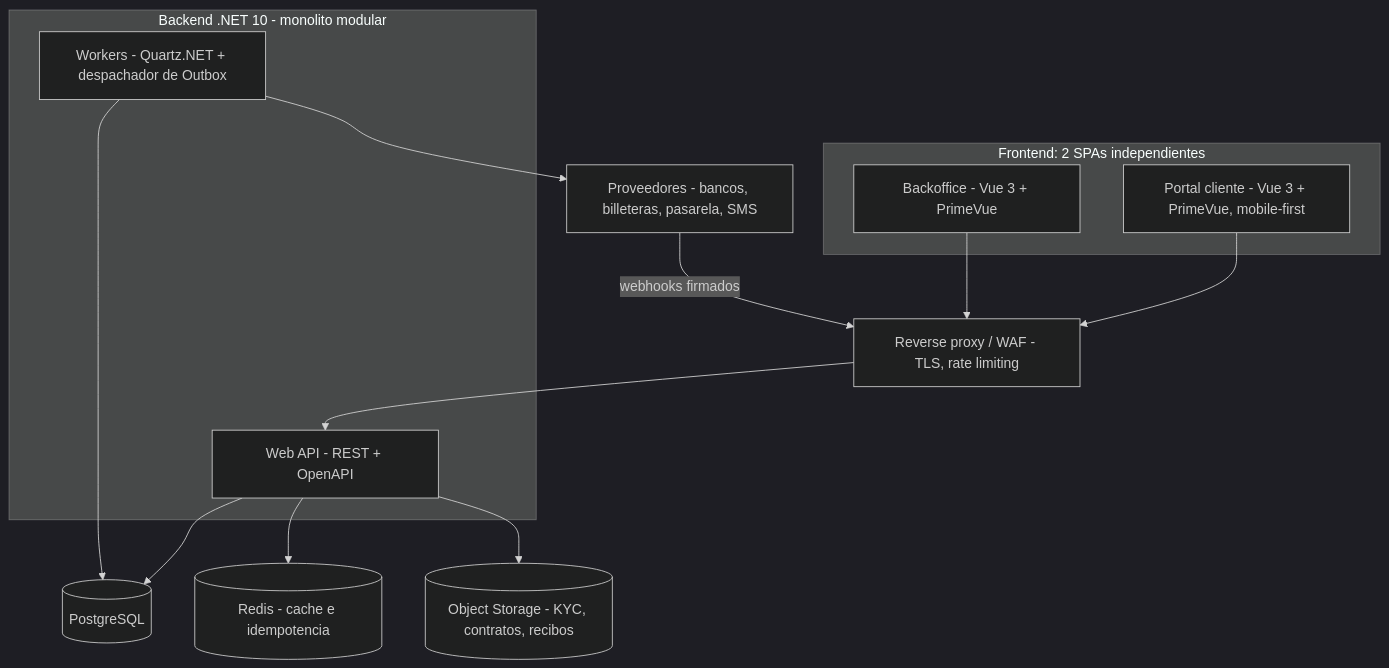
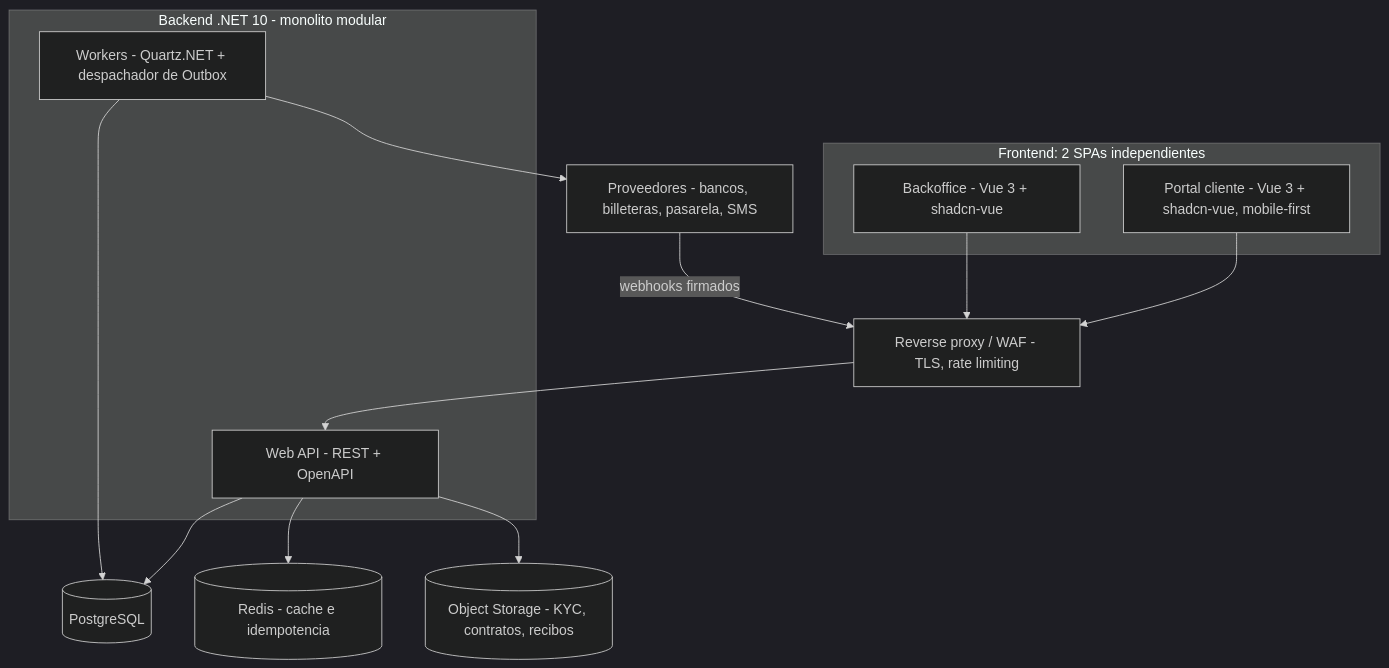
Before and after one commit to YonatanLLa/-loan_system: the second of 4 diagrams in ARQUITECTURA_GENERAL.md, drawn with Mermaid (dark theme). The commit also changed other lines of this file and 5 other files, not shown here.

First line of the commit message:
Docs: alinea la arquitectura frontend con shadcn-vue

````diff
--- a/ARQUITECTURA_GENERAL.md
+++ b/ARQUITECTURA_GENERAL.md
@@ -51,26 +51,26 @@
 ```mermaid
 flowchart TB
     subgraph Front["Frontend: 2 SPAs independientes"]
-        BO["Backoffice - Vue 3 + PrimeVue"]
-        CP["Portal cliente - Vue 3 + PrimeVue, mobile-first"]
+        BO["Backoffice - Vue 3 + shadcn-vue"]
+        CP["Portal cliente - Vue 3 + shadcn-vue, mobile-first"]
     end
     GW["Reverse proxy / WAF - TLS, rate limiting"]
     subgraph Back["Backend .NET 10 - monolito modular"]
         API["Web API - REST + OpenAPI"]
         WK["Workers - Quartz.NET + despachador de Outbox"]
     end
     PG[("PostgreSQL")]
     RD[("Redis - cache e idempotencia")]
     OS[("Object Storage - KYC, contratos, recibos")]
     EXT["Proveedores - bancos, billeteras, pasarela, SMS"]
 
     BO --> GW
     CP --> GW
     GW --> API
     API --> PG
     API --> RD
     API --> OS
     WK --> PG
     WK --> EXT
     EXT -->|webhooks firmados| GW
 ```
````
